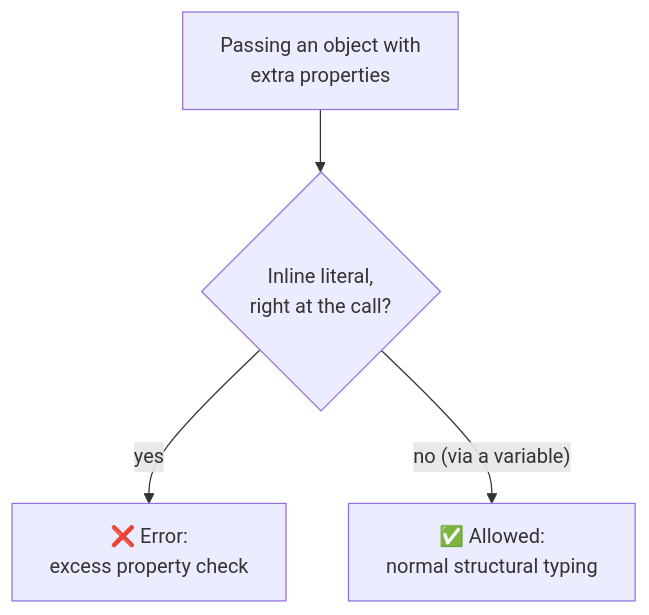
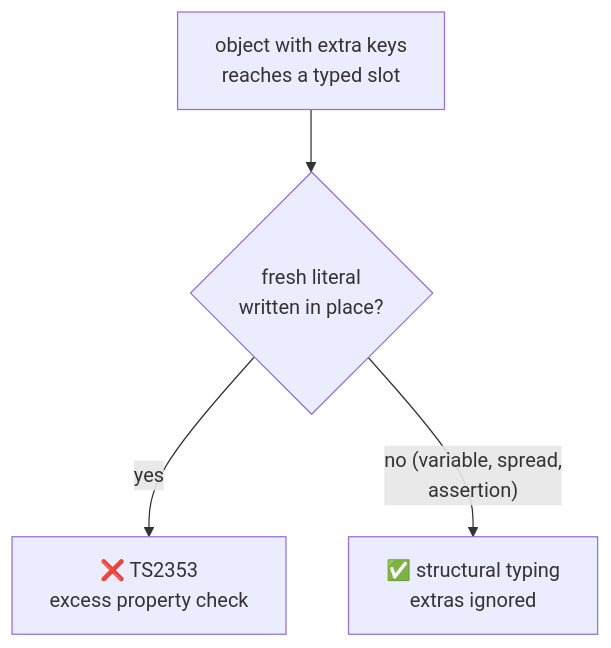
The eighth of 10 diagrams in 03-objects-interfaces/LESSON.md (cheer-cho/LearningCourse--TypeScript--build-by-Claude-Code), drawn with Mermaid before and after one commit. The commit also changed other lines of this file and 79 other files, not shown here.

````diff
--- a/03-objects-interfaces/LESSON.md
+++ b/03-objects-interfaces/LESSON.md
@@ -70,6 +713,6 @@
 ```mermaid
 flowchart TD
-    A["Passing an object with<br/>extra properties"] --> Q{"Inline literal,<br/>right at the call?"}
-    Q -- yes --> Err["❌ Error:<br/>excess property check"]
-    Q -- "no (via a variable)" --> OK["✅ Allowed:<br/>normal structural typing"]
+    A["object with extra keys<br/>reaches a typed slot"] --> Q{"fresh literal<br/>written in place?"}
+    Q -- yes --> Err["❌ TS2353<br/>excess property check"]
+    Q -- "no (variable, spread,<br/>assertion)" --> OK["✅ structural typing<br/>extras ignored"]
 ```
````
